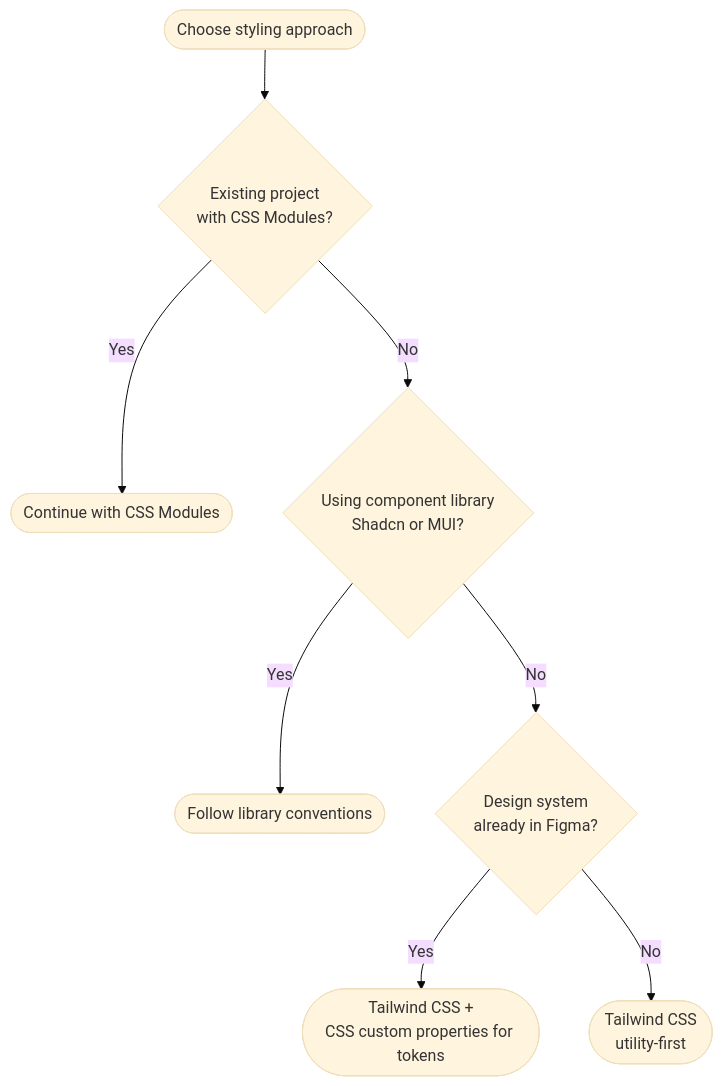
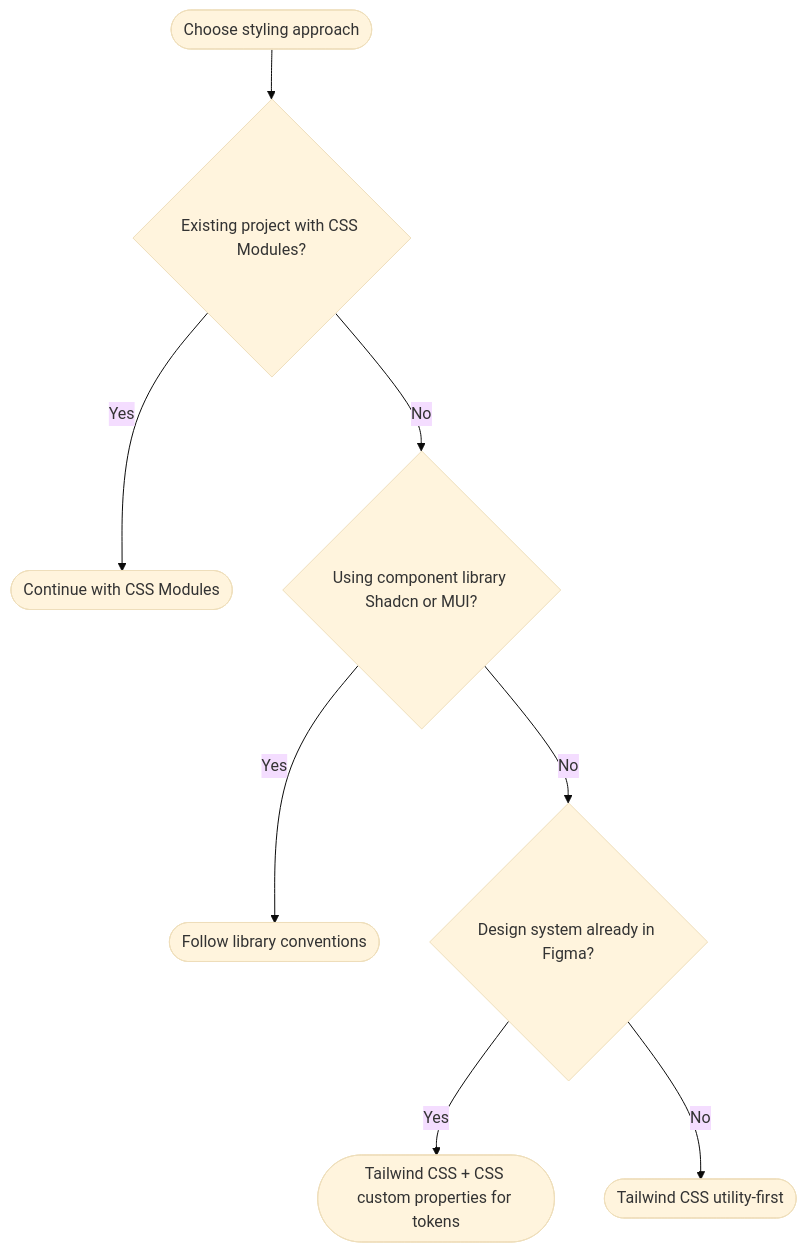
Before and after one commit to ivanyeors/product-agentic-templates: the second of 2 diagrams in .cursor/skills/04-frontend-development/architecture-guide.md, drawn with Mermaid (base theme). The commit also changed other lines of this file and 39 other files, not shown here.

````diff
--- a/.cursor/skills/04-frontend-development/architecture-guide.md
+++ b/.cursor/skills/04-frontend-development/architecture-guide.md
@@ -37,10 +37,10 @@
 ```mermaid
 flowchart TD
-    start([Choose styling approach]) --> existing{Existing project\nwith CSS Modules?}
+    start([Choose styling approach]) --> existing{Existing project with CSS Modules?}
     existing -->|Yes| cssModules([Continue with CSS Modules])
-    existing -->|No| lib{Using component library\nShadcn or MUI?}
+    existing -->|No| lib{Using component library Shadcn or MUI?}
     lib -->|Yes| libConventions([Follow library conventions])
-    lib -->|No| figma{Design system\nalready in Figma?}
-    figma -->|Yes| tailwindTokens([Tailwind CSS +\nCSS custom properties for tokens])
-    figma -->|No| tailwind([Tailwind CSS\nutility-first])
+    lib -->|No| figma{Design system already in Figma?}
+    figma -->|Yes| tailwindTokens([Tailwind CSS + CSS custom properties for tokens])
+    figma -->|No| tailwind([Tailwind CSS utility-first])
 ```
````
